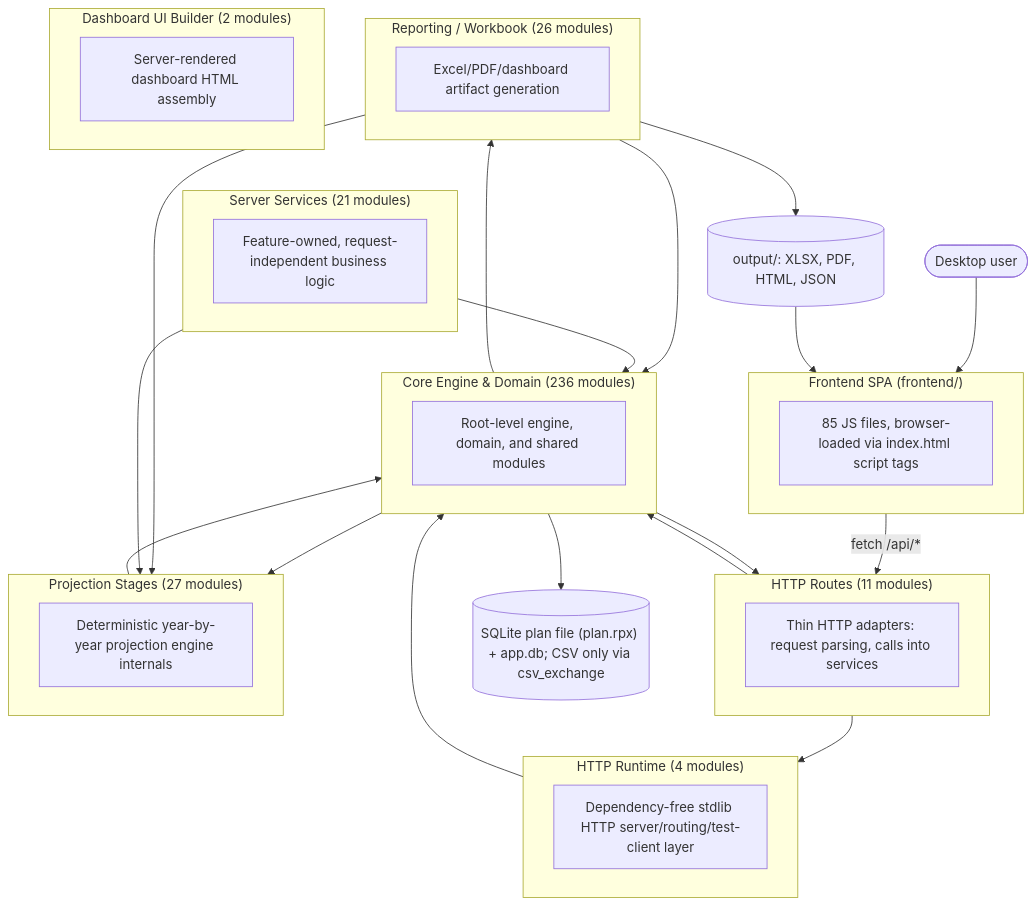
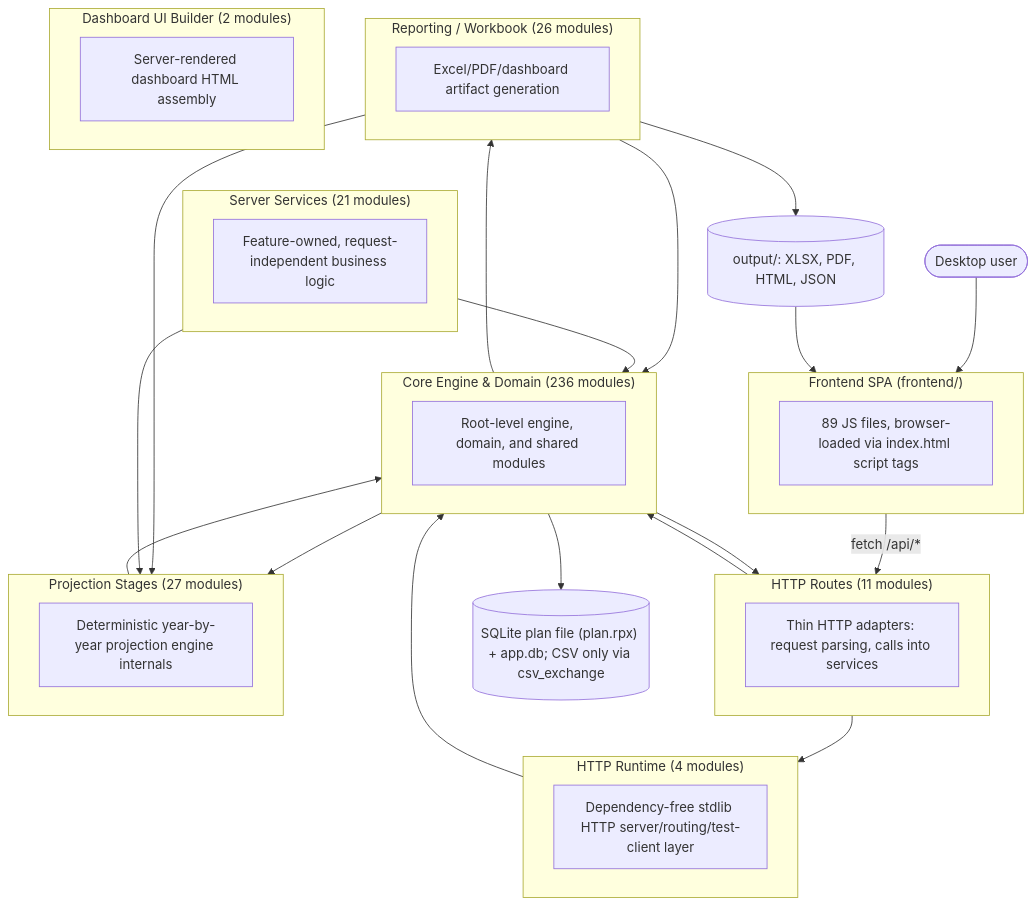
The first of 2 diagrams in documentation/reference/SYSTEM_ARCHITECTURE_DIAGRAM.md (matthartzman/retirement_system), drawn with Mermaid before and after one commit. The commit also changed other lines of this file and 9 other files, not shown here.

````diff
--- a/documentation/reference/SYSTEM_ARCHITECTURE_DIAGRAM.md
+++ b/documentation/reference/SYSTEM_ARCHITECTURE_DIAGRAM.md
@@ -11,43 +11,43 @@
 ```mermaid
 flowchart TB
     User(["Desktop user"]) --> FE
     subgraph FE["Frontend SPA (frontend/)"]
-        FEcount["85 JS files, browser-loaded via index.html script tags"]
+        FEcount["89 JS files, browser-loaded via index.html script tags"]
     end
     FE -->|fetch /api/*| L_HTTP_Routes
     subgraph L_HTTP_Routes["HTTP Routes (11 modules)"]
         L_HTTP_Routes_d["Thin HTTP adapters: request parsing, calls into services"]
     end
     subgraph L_Server_Services["Server Services (21 modules)"]
         L_Server_Services_d["Feature-owned, request-independent business logic"]
     end
     subgraph L_HTTP_Runtime["HTTP Runtime (4 modules)"]
         L_HTTP_Runtime_d["Dependency-free stdlib HTTP server/routing/test-client layer"]
     end
     subgraph L_Core_Engine___Domain["Core Engine & Domain (236 modules)"]
         L_Core_Engine___Domain_d["Root-level engine, domain, and shared modules"]
     end
     subgraph L_Projection_Stages["Projection Stages (27 modules)"]
         L_Projection_Stages_d["Deterministic year-by-year projection engine internals"]
     end
     subgraph L_Reporting___Workbook["Reporting / Workbook (26 modules)"]
         L_Reporting___Workbook_d["Excel/PDF/dashboard artifact generation"]
     end
     subgraph L_Dashboard_UI_Builder["Dashboard UI Builder (2 modules)"]
         L_Dashboard_UI_Builder_d["Server-rendered dashboard HTML assembly"]
     end
     L_Core_Engine___Domain --> L_HTTP_Routes
     L_Core_Engine___Domain --> L_Projection_Stages
     L_Core_Engine___Domain --> L_Reporting___Workbook
     L_HTTP_Routes --> L_Core_Engine___Domain
     L_HTTP_Routes --> L_HTTP_Runtime
     L_HTTP_Runtime --> L_Core_Engine___Domain
     L_Projection_Stages --> L_Core_Engine___Domain
     L_Reporting___Workbook --> L_Core_Engine___Domain
     L_Reporting___Workbook --> L_Projection_Stages
     L_Server_Services --> L_Core_Engine___Domain
     L_Server_Services --> L_Projection_Stages
     L_Core_Engine___Domain --> DB[("SQLite plan file (plan.rpx) + app.db; CSV only via csv_exchange")]
     L_Reporting___Workbook --> Outputs[("output/: XLSX, PDF, HTML, JSON")]
     Outputs --> FE
 ```
````
